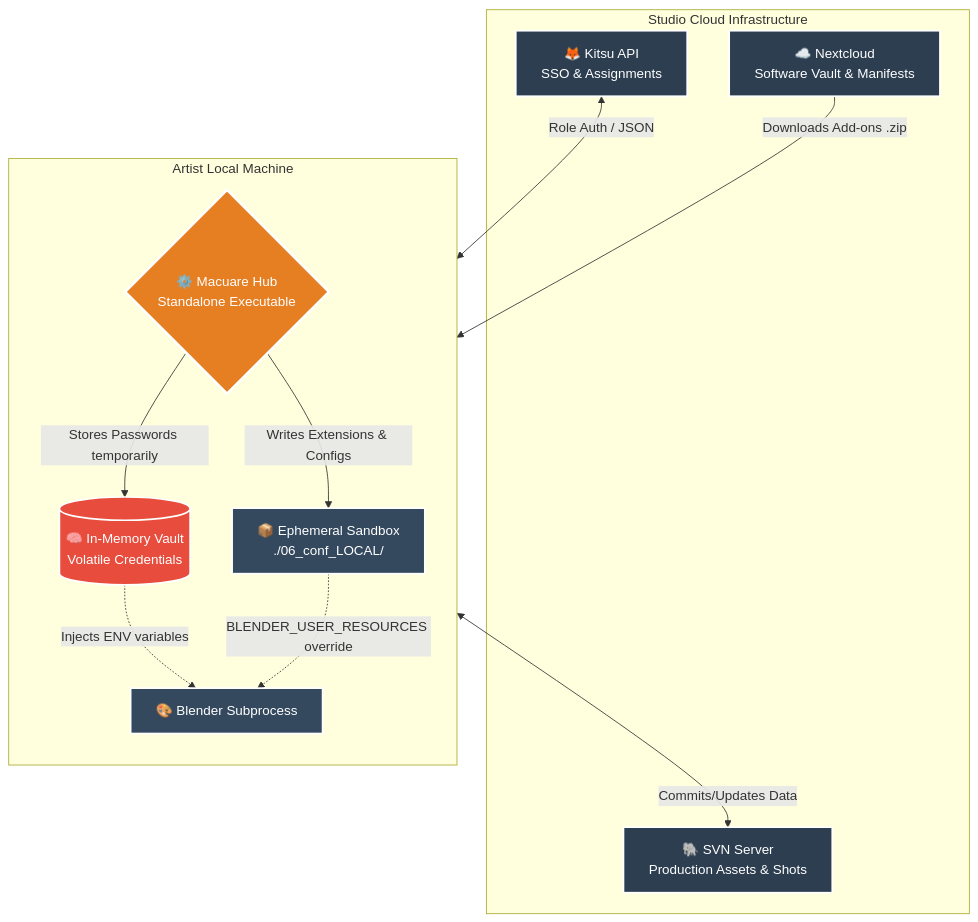
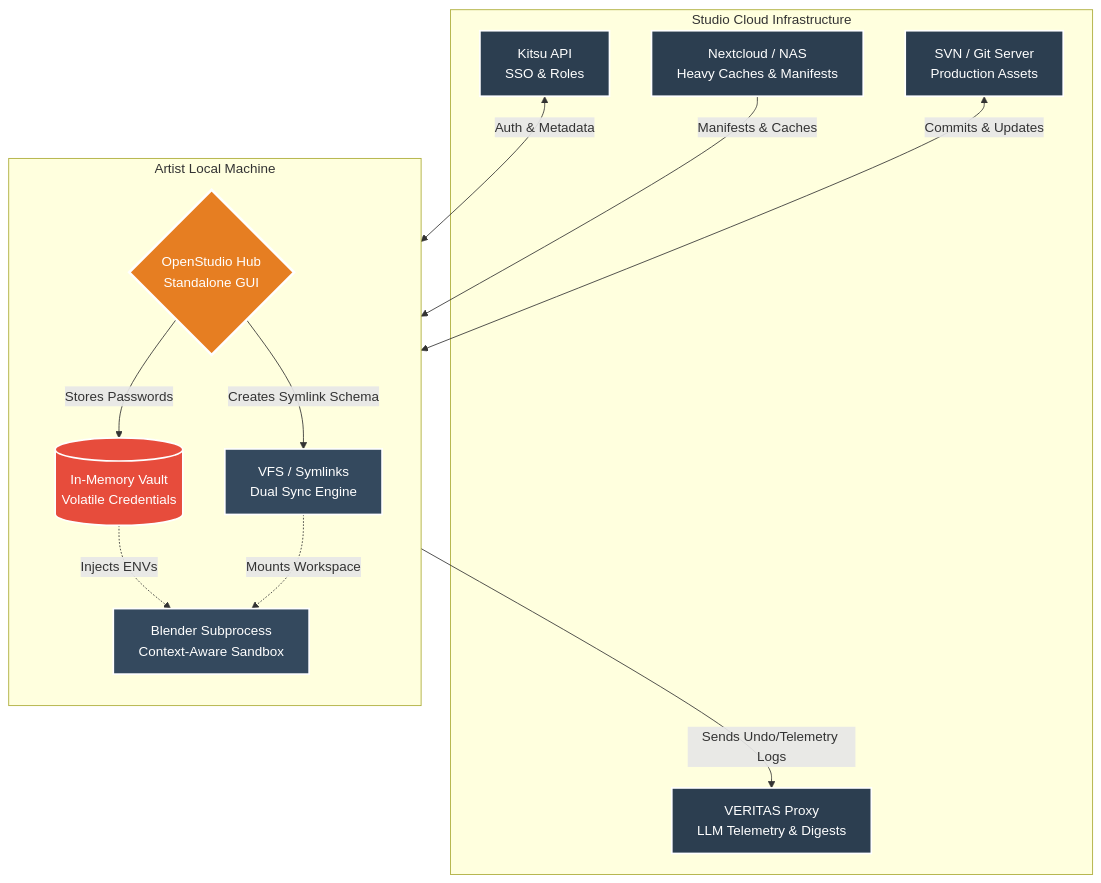
The first of 2 diagrams in README.md (3dvm/openstudio-hub), drawn with Mermaid before and after one commit. The commit also changed other lines of this file, not shown here.

First line of the commit message:
Rename Macuare Hub to OpenStudio Hub in README

````diff
--- a/README.md
+++ b/README.md
@@ -24,36 +37,38 @@
 ```mermaid
 flowchart TD
     subgraph Cloud [Studio Cloud Infrastructure]
-        K[🦊 Kitsu API<br>SSO & Assignments]
-        N[☁️ Nextcloud<br>Software Vault & Manifests]
-        S[🐘 SVN Server<br>Production Assets & Shots]
+        K[Kitsu API<br>SSO & Roles]
+        N[Nextcloud / NAS<br>Heavy Caches & Manifests]
+        S[SVN / Git Server<br>Production Assets]
+        P[VERITAS Proxy<br>LLM Telemetry & Digests]
     end
 
     subgraph Workstation [Artist Local Machine]
         direction TB
-        MH{⚙️ Macuare Hub<br>Standalone Executable}
-        RAM[(🧠 In-Memory Vault<br>Volatile Credentials)]
-        SB[📦 Ephemeral Sandbox<br>./06_conf_LOCAL/]
-        DCC[🎨 Blender Subprocess]
+        MH{OpenStudio Hub<br>Standalone GUI}
+        RAM[(In-Memory Vault<br>Volatile Credentials)]
+        VFS[VFS / Symlinks<br>Dual Sync Engine]
+        DCC[Blender Subprocess<br>Context-Aware Sandbox]
     end
 
-    K <-->|Role Auth / JSON| MH
-    N -->|Downloads Add-ons .zip| MH
-    MH -->|Writes Extensions & Configs| SB
-    MH -->|Stores Passwords temporarily| RAM
+    K <-->|Auth & Metadata| MH
+    N -->|Manifests & Caches| VFS
+    S <-->|Commits & Updates| VFS
+    MH -->|Creates Symlink Schema| VFS
+    MH -->|Stores Passwords| RAM
     
-    RAM -.->|Injects ENV variables| DCC
-    SB -.->|BLENDER_USER_RESOURCES override| DCC
-    DCC <-->|Commits/Updates Data| S
+    RAM -.->|Injects ENVs| DCC
+    VFS -.->|Mounts Workspace| DCC
+    DCC -->|Sends Undo/Telemetry Logs| P
 
     classDef cloud fill:#2c3e50,stroke:#fff,stroke-width:2px,color:#fff;
     classDef local fill:#34495e,stroke:#fff,stroke-width:2px,color:#fff;
     classDef hub fill:#e67e22,stroke:#fff,stroke-width:3px,color:#fff;
     classDef security fill:#e74c3c,stroke:#fff,stroke-width:2px,color:#fff;
 
-    class K,N,S cloud;
-    class SB,DCC local;
+    class K,N,S,P cloud;
+    class VFS,DCC local;
     class MH hub;
     class RAM security;
 
 ```
````
